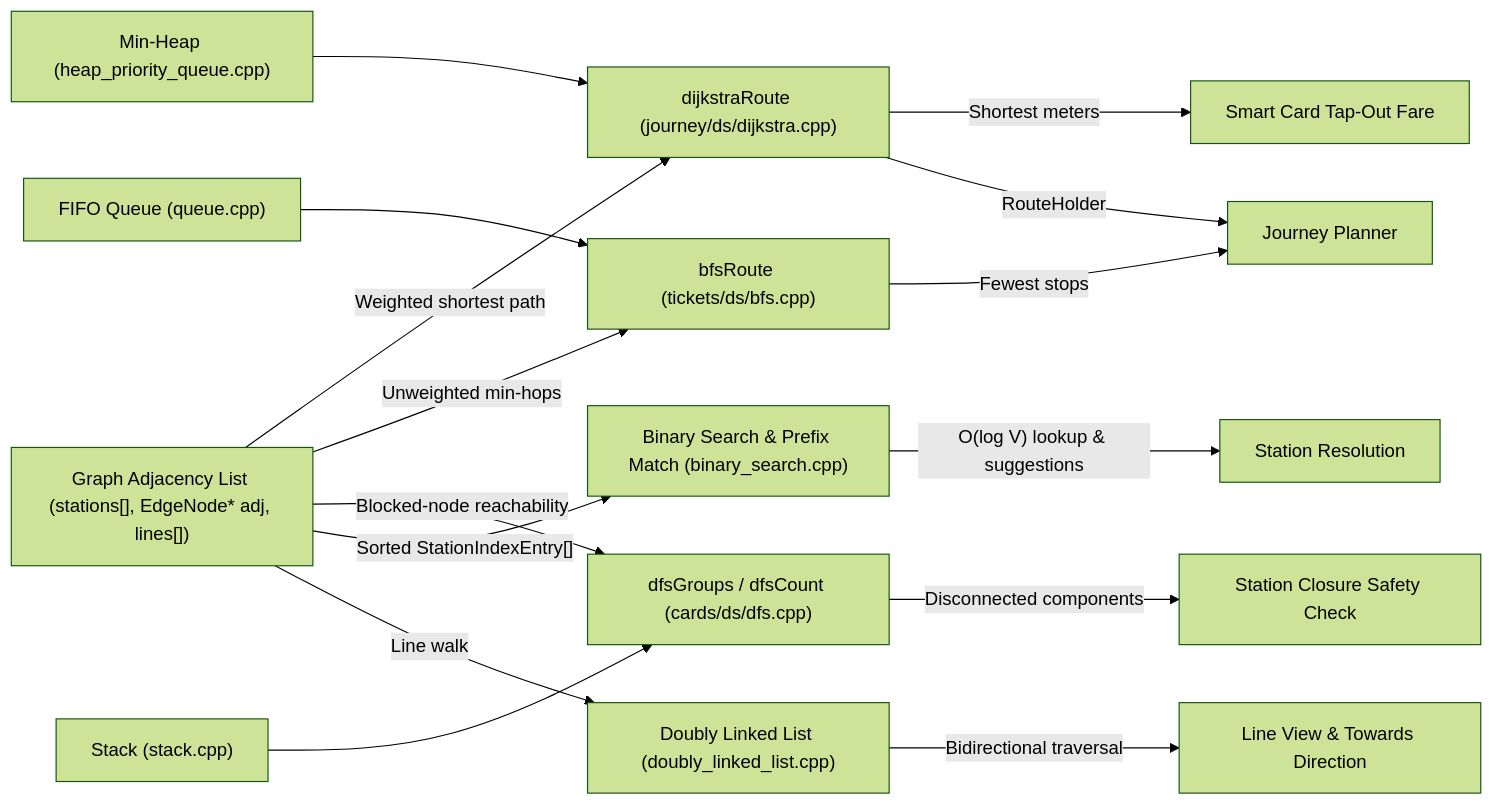
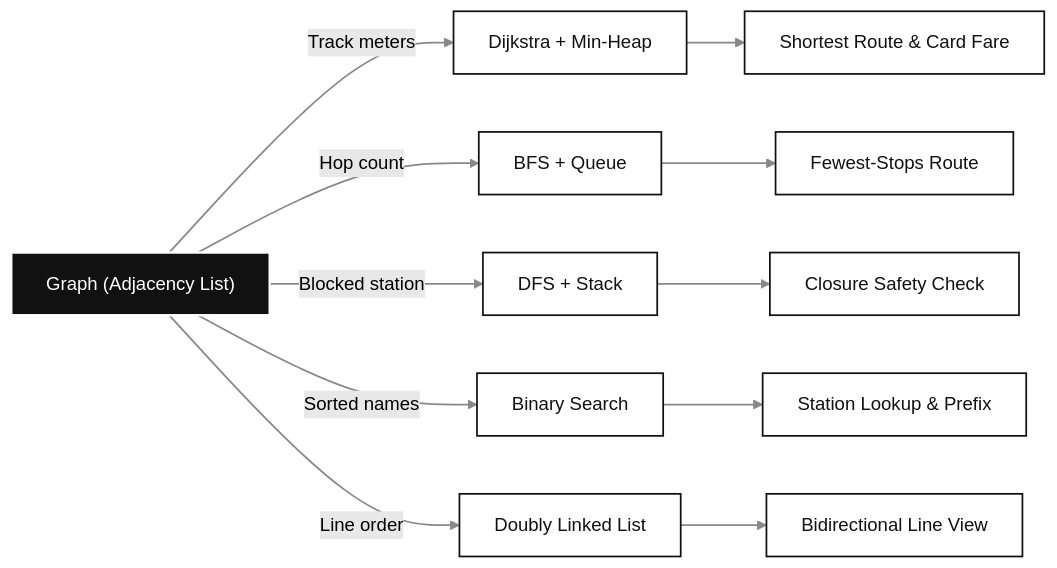
The second of 3 diagrams in README.md (Hardikrawat05/Metro-Transit-System-PBL), drawn with Mermaid (forest theme) before and after one commit. The commit also changed other lines of this file, not shown here.

Commit message:
docs: simplify architecture diagrams with high-contrast black-and-white styling

````diff
--- a/README.md
+++ b/README.md
@@ -155,23 +98,15 @@
 ```mermaid
 flowchart LR
-    Graph["Graph Adjacency List (stations[], EdgeNode* adj, lines[])"]
+    classDef bw fill:#ffffff,stroke:#111111,color:#111111,stroke-width:1.5px
+    classDef core fill:#111111,stroke:#ffffff,color:#ffffff,stroke-width:2px
 
-    Graph -->|"Weighted shortest path"| Dijkstra["dijkstraRoute (journey/ds/dijkstra.cpp)"]
-    Heap["Min-Heap (heap_priority_queue.cpp)"] --> Dijkstra
-    Dijkstra -->|"Shortest meters"| CardFare["Smart Card Tap-Out Fare"]
-    Dijkstra -->|"RouteHolder"| RoutePlan["Journey Planner"]
+    G["Graph (Adjacency List)"]:::core
 
-    Graph -->|"Unweighted min-hops"| BFS["bfsRoute (tickets/ds/bfs.cpp)"]
-    Queue["FIFO Queue (queue.cpp)"] --> BFS
-    BFS -->|"Fewest stops"| RoutePlan
+    G -->|"Track meters"| D["Dijkstra + Min-Heap"]:::bw --> R1["Shortest Route & Card Fare"]:::bw
+    G -->|"Hop count"| B["BFS + Queue"]:::bw --> R2["Fewest-Stops Route"]:::bw
+    G -->|"Blocked station"| F["DFS + Stack"]:::bw --> R3["Closure Safety Check"]:::bw
+    G -->|"Sorted names"| S["Binary Search"]:::bw --> R4["Station Lookup & Prefix"]:::bw
+    G -->|"Line order"| L["Doubly Linked List"]:::bw --> R5["Bidirectional Line View"]:::bw
 
-    Graph -->|"Blocked-node reachability"| DFS["dfsGroups / dfsCount (cards/ds/dfs.cpp)"]
-    Stack["Stack (stack.cpp)"] --> DFS
-    DFS -->|"Disconnected components"| Safety["Station Closure Safety Check"]
-
-    Graph -->|"Sorted StationIndexEntry[]"| BinSearch["Binary Search & Prefix Match (binary_search.cpp)"]
-    BinSearch -->|"O(log V) lookup & suggestions"| Lookup["Station Resolution"]
-
-    Graph -->|"Line walk"| DList["Doubly Linked List (doubly_linked_list.cpp)"]
-    DList -->|"Bidirectional traversal"| LineView["Line View & Towards Direction"]
+    linkStyle default stroke:#888888,stroke-width:1.5px
 ```
````
